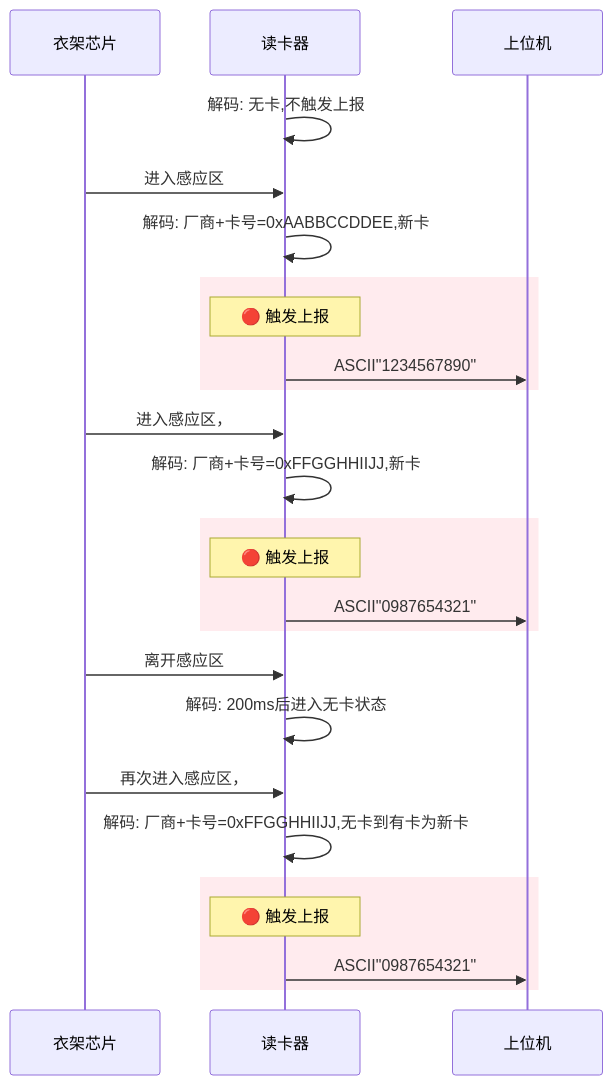
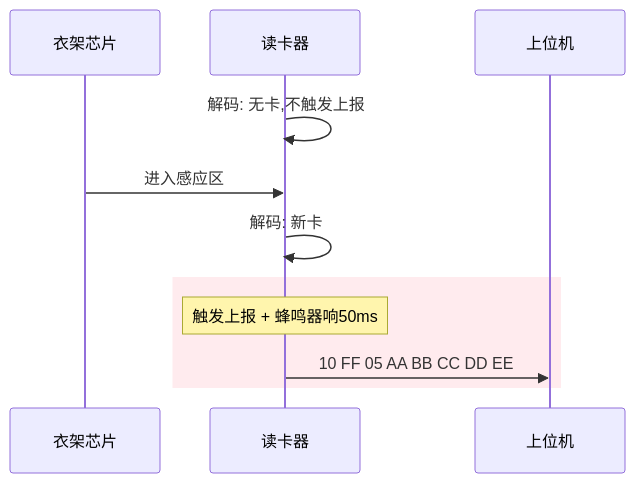
The fifth of 9 diagrams in 工作/[[SR3读卡器]]/260804SR3框架整理.md (Siaiai/ObsidianNote), drawn with Mermaid before and after one commit. The commit also changed other lines of this file, not shown here.

````diff
--- a/工作/[[SR3读卡器]]/260804SR3框架整理.md
+++ b/工作/[[SR3读卡器]]/260804SR3框架整理.md
@@ -245,30 +263,15 @@
 ```mermaid
 sequenceDiagram
     participant 衣架芯片
     participant 读卡器
     participant 上位机
 
     读卡器->>读卡器: 解码: 无卡,不触发上报
     衣架芯片->>读卡器: 进入感应区
-    读卡器->>读卡器: 解码: 厂商+卡号=0xAABBCCDDEE,新卡
+    读卡器->>读卡器: 解码: 新卡
 
     rect rgb(255, 235, 238)
-        Note over 读卡器: 🔴 触发上报
-        读卡器->>上位机: ASCII"1234567890"
+        Note over 读卡器: 触发上报 + 蜂鸣器响50ms
+        读卡器->>上位机: 10 FF 05 AA BB CC DD EE
     end
-        衣架芯片->>读卡器: 进入感应区，
-	    读卡器->>读卡器: 解码: 厂商+卡号=0xFFGGHHIIJJ,新卡
-    rect rgb(255, 235, 238)
-        Note over 读卡器: 🔴 触发上报
-        读卡器->>上位机: ASCII"0987654321"
-    end
-	    衣架芯片->>读卡器: 离开感应区
-	    读卡器->>读卡器: 解码: 200ms后进入无卡状态
-        衣架芯片->>读卡器: 再次进入感应区，
-	    读卡器->>读卡器: 解码: 厂商+卡号=0xFFGGHHIIJJ,无卡到有卡为新卡
-    rect rgb(255, 235, 238)
-        Note over 读卡器: 🔴 触发上报
-        读卡器->>上位机: ASCII"0987654321"
-    end
-    
 ```
````
